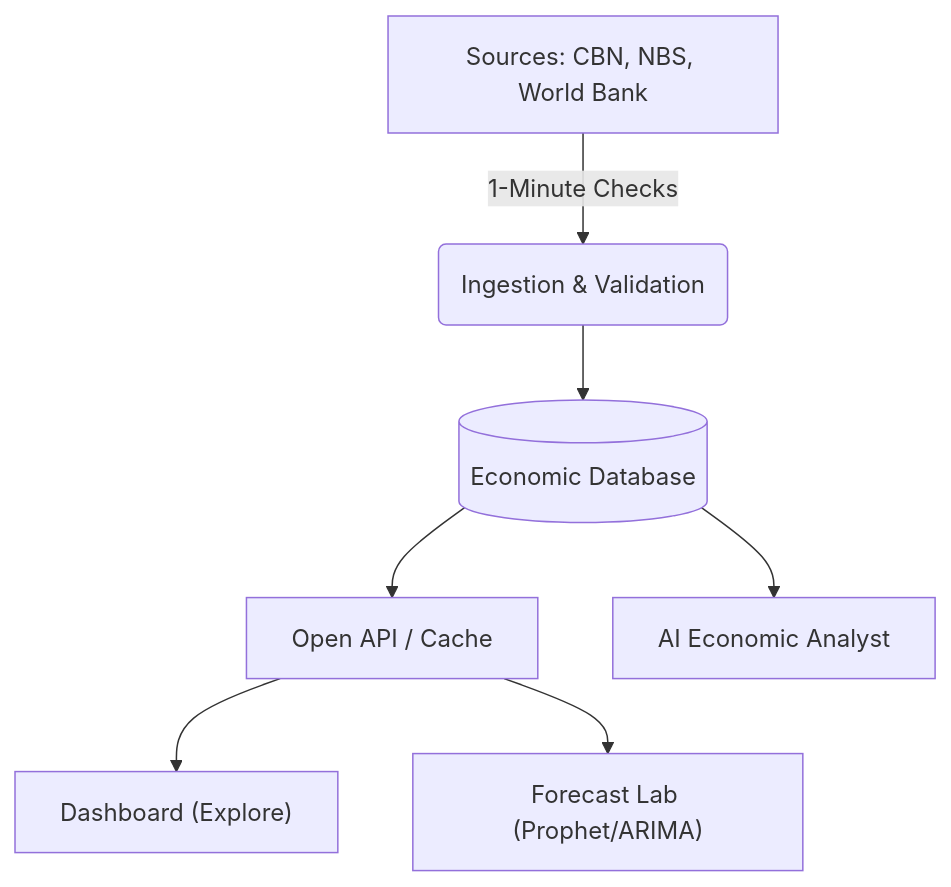
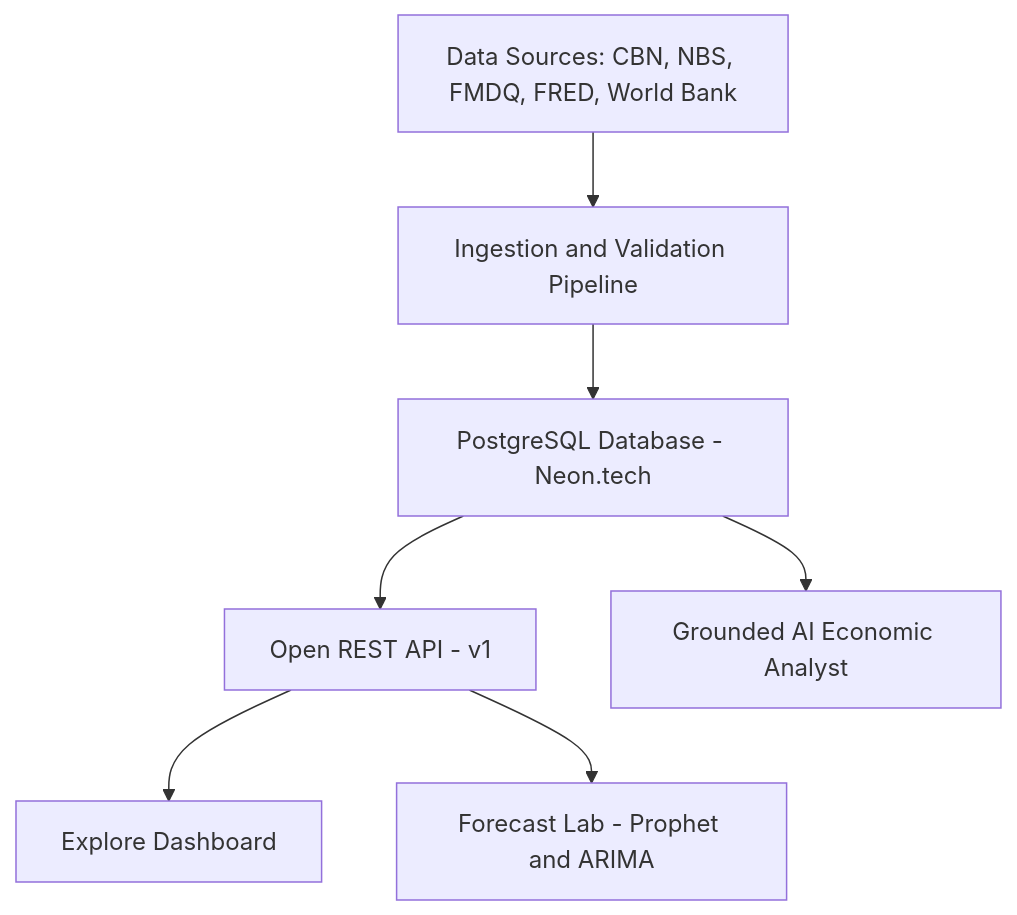
The diagram in README.md (israeleromon-lab/EcoNigeria), drawn with Mermaid before and after one commit. The commit also changed other lines of this file and 29 other files, not shown here.

````diff
--- a/README.md
+++ b/README.md
@@ -57,9 +57,9 @@
 ```mermaid
-graph TD
-    A[Sources: CBN, NBS, World Bank] -->|1-Minute Checks| B(Ingestion & Validation)
-    B --> C[(Economic Database)]
-    C --> D[Open API / Cache]
-    D --> E["Dashboard (Explore)"]
-    D --> F["Forecast Lab (Prophet/ARIMA)"]
-    C --> G[AI Economic Analyst]
+flowchart TD
+    A["Data Sources: CBN, NBS, FMDQ, FRED, World Bank"] --> B["Ingestion and Validation Pipeline"]
+    B --> C["PostgreSQL Database - Neon.tech"]
+    C --> D["Open REST API - v1"]
+    D --> E["Explore Dashboard"]
+    D --> F["Forecast Lab - Prophet and ARIMA"]
+    C --> G["Grounded AI Economic Analyst"]
 ```
````
